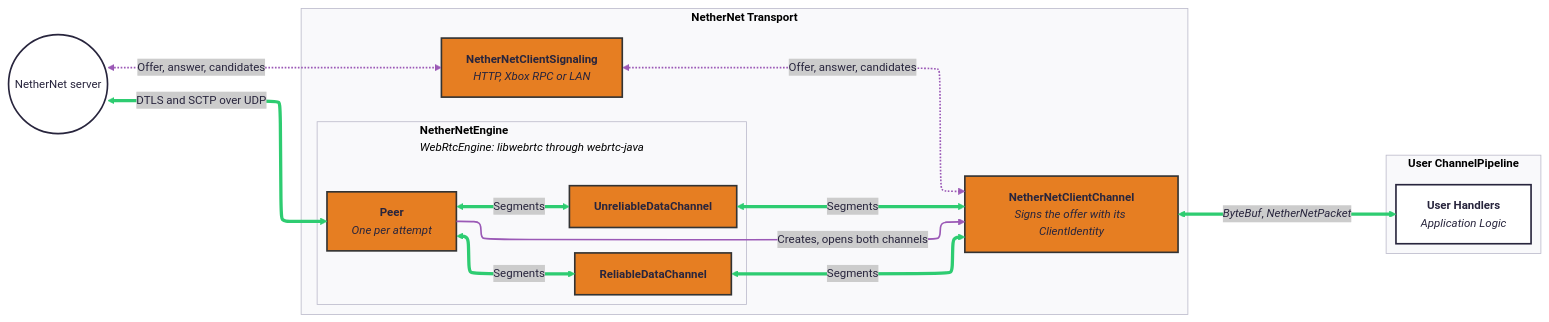
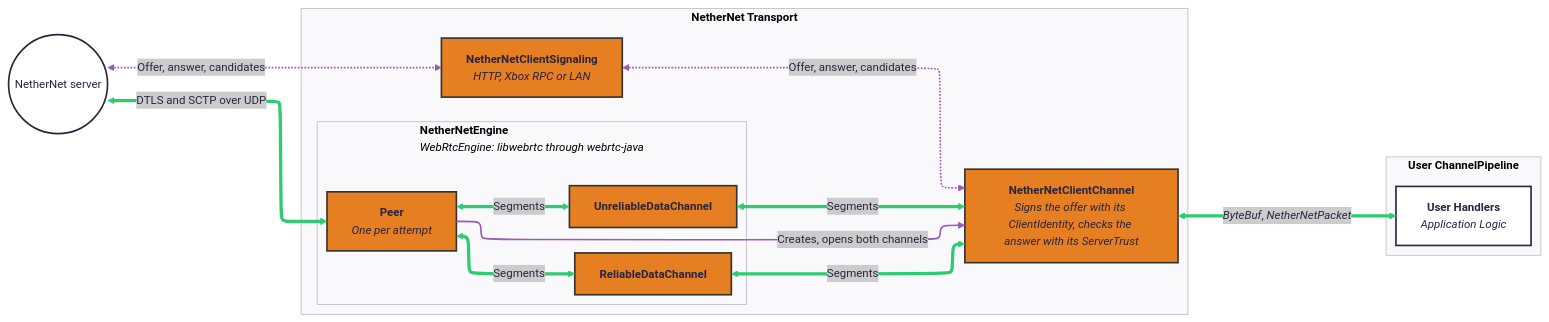
Before and after one commit to EduGeyser/NetworkM: the diagram in .github/readme/nethernet_client_light.mmd, drawn with Mermaid. The commit also changed 7 other files, not shown here.

First line of the commit message:
Draw NXS joins and diagnostics in the NetherNet server diagram

```diff
--- a/.github/readme/nethernet_client_light.mmd
+++ b/.github/readme/nethernet_client_light.mmd
@@ -1,45 +1,45 @@
 ---
 config:
   layout: elk
   theme: redux
 ---
 flowchart LR
     Server(("NetherNet server"))
 
  subgraph TransportLayer["<b>NetherNet Transport</b>"]
     Signaling["<b>NetherNetClientSignaling</b><br><i>HTTP, Xbox RPC or LAN</i>"]
-    ClientChannel["<b>NetherNetClientChannel</b><br><i>Signs the offer with its ClientIdentity</i>"]
+    ClientChannel["<b>NetherNetClientChannel</b><br><i>Signs the offer with its ClientIdentity, checks the answer with its ServerTrust</i>"]
   subgraph Engine["<b>NetherNetEngine</b><br><i>WebRtcEngine: libwebrtc through webrtc-java</i>"]
     Peer["<b>Peer</b><br><i>One per attempt</i>"]
     Reliable["<b>ReliableDataChannel</b>"]
     Unreliable["<b>UnreliableDataChannel</b>"]
   end
  end
  subgraph UserPipeline["<b>User ChannelPipeline</b>"]
     UserLogic["<b>User Handlers</b><br><i>Application Logic</i>"]
  end
 
     %% Signaling
     Server <-. Offer, answer, candidates .-> Signaling
     Signaling <-. Offer, answer, candidates .-> ClientChannel
     Peer <-. Creates, opens both channels .- ClientChannel
 
     %% Data
     Server <== DTLS and SCTP over UDP ==> Peer
     Peer <== Segments ==> Reliable
     Peer <== Segments ==> Unreliable
     Reliable <== Segments ==> ClientChannel
     Unreliable <== Segments ==> ClientChannel
     ClientChannel <== <i>ByteBuf</i>, <i>NetherNetPacket</i> ==> UserLogic
 
     %% Styling
     Signaling:::shared
     ClientChannel:::shared
     Peer:::shared
     Reliable:::shared
     Unreliable:::shared
 
     classDef shared fill:#e67e22,stroke:#333,stroke-width:2px
 
     linkStyle 0,1,2 stroke:#9b59b6,stroke-width:2px,color:#9b59b6
     linkStyle 3,4,5,6,7,8 stroke:#2ecc71,stroke-width:4px,color:#2ecc71
```
